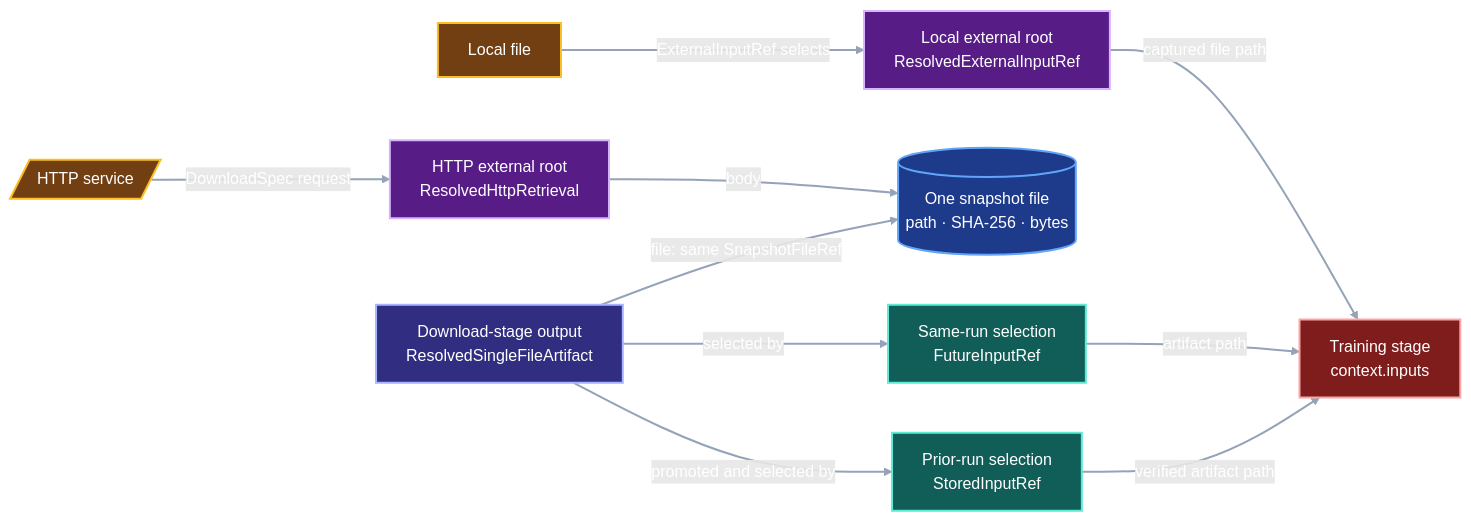
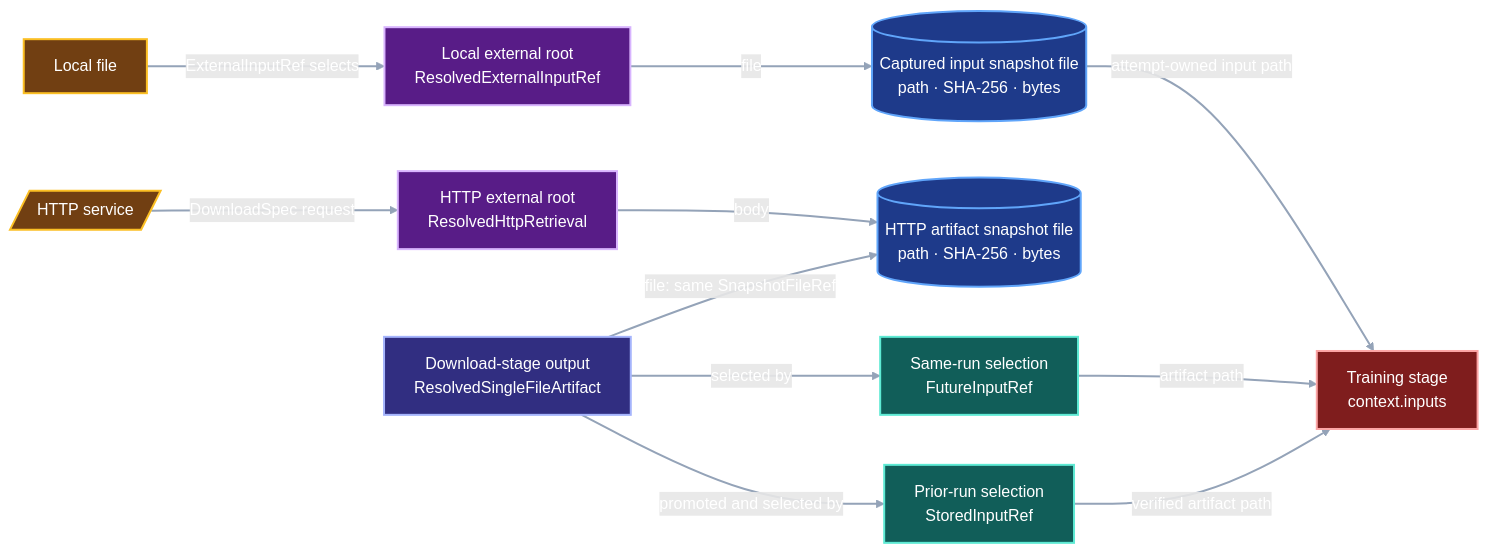
Before and after one commit to pvd232/viper: the diagram in docs/development/external-input-roots.md, drawn with Mermaid. The commit also changed other lines of this file and 6 other files, not shown here.

````diff
--- a/docs/development/external-input-roots.md
+++ b/docs/development/external-input-roots.md
@@ -101,37 +103,39 @@
 ```mermaid
 flowchart LR
     Local["Local file"]
     Service[/"HTTP service"/]
     LocalRoot["Local external root<br/>ResolvedExternalInputRef"]
     Retrieval["HTTP external root<br/>ResolvedHttpRetrieval"]
-    File[("One snapshot file<br/>path · SHA-256 · bytes")]
+    LocalFile[("Captured input snapshot file<br/>path · SHA-256 · bytes")]
+    File[("HTTP artifact snapshot file<br/>path · SHA-256 · bytes")]
     Artifact["Download-stage output<br/>ResolvedSingleFileArtifact"]
     SameRun["Same-run selection<br/>FutureInputRef"]
     PriorRun["Prior-run selection<br/>StoredInputRef"]
     Train["Training stage<br/>context.inputs"]
 
     Local -->|"ExternalInputRef selects"| LocalRoot
-    LocalRoot -->|"captured file path"| Train
+    LocalRoot -->|"file"| LocalFile
+    LocalFile -->|"attempt-owned input path"| Train
     Service -->|"DownloadSpec request"| Retrieval
     Retrieval -->|"body"| File
     Artifact -->|"file: same SnapshotFileRef"| File
     Artifact -->|"selected by"| SameRun
     Artifact -->|"promoted and selected by"| PriorRun
     SameRun -->|"artifact path"| Train
     PriorRun -->|"verified artifact path"| Train
 
     class Local,Service external
     class LocalRoot,Retrieval root
-    class File evidence
+    class LocalFile,File evidence
     class Artifact artifact
     class SameRun,PriorRun reference
     class Train consumer
 
     classDef external fill:#713f12,stroke:#fbbf24,color:#ffffff,stroke-width:2px
     classDef root fill:#581c87,stroke:#d8b4fe,color:#ffffff,stroke-width:2px
     classDef evidence fill:#1e3a8a,stroke:#60a5fa,color:#ffffff,stroke-width:2px
     classDef artifact fill:#312e81,stroke:#a5b4fc,color:#ffffff,stroke-width:2px
     classDef reference fill:#115e59,stroke:#5eead4,color:#ffffff,stroke-width:2px
     classDef consumer fill:#7f1d1d,stroke:#fca5a5,color:#ffffff,stroke-width:2px
     linkStyle default stroke:#94a3b8,stroke-width:2px
 ```
````
